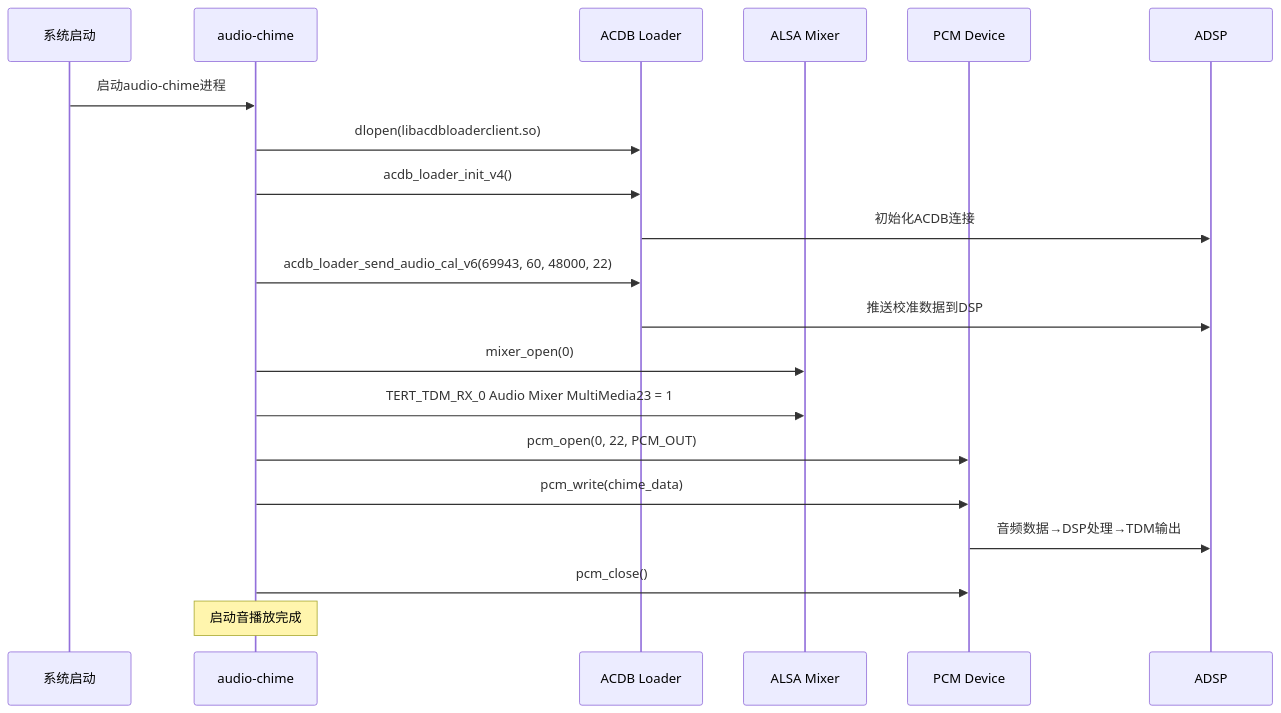
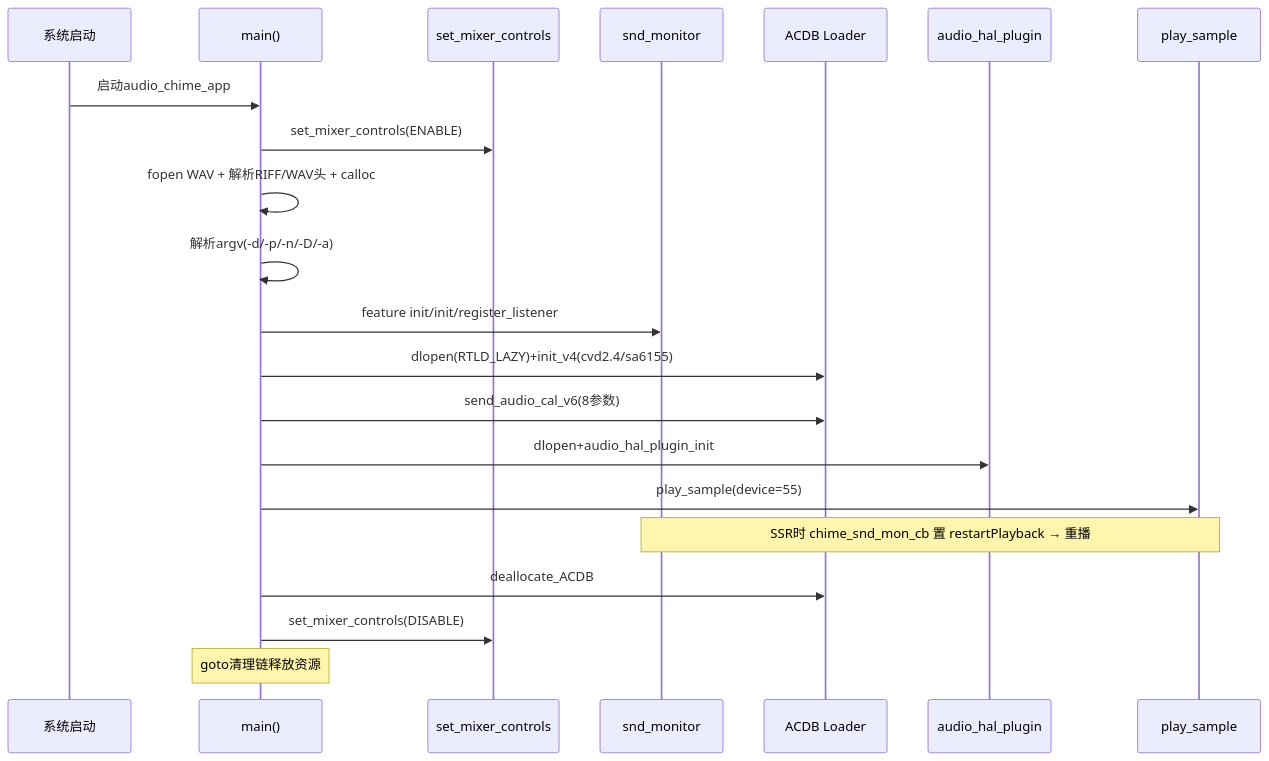
Before and after one commit to yanglinzhen1022/SA8295_AAOS_QNX_Audio_KnowledgeBase: the second of 2 diagrams in 16_Vendor_QNX_Architecture/16_16.5_audio-chime早期提示音.md, drawn with Mermaid. The commit also changed other lines of this file and 48 other files, not shown here.

````diff
--- a/16_Vendor_QNX_Architecture/16_16.5_audio-chime早期提示音.md
+++ b/16_Vendor_QNX_Architecture/16_16.5_audio-chime早期提示音.md
@@ -233,23 +202,24 @@
 ```mermaid
 sequenceDiagram
     participant BOOT as 系统启动
-    participant CHIME as audio-chime
+    participant MAIN as main()
+    participant MIXER as set_mixer_controls
+    participant SNDMON as snd_monitor
     participant ACDB as ACDB Loader
-    participant MIXER as ALSA Mixer
-    participant PCM as PCM Device
-    participant ADSP as ADSP
+    participant HAL as audio_hal_plugin
+    participant PCM as play_sample
 
-    BOOT->>CHIME: 启动audio-chime进程
-    CHIME->>ACDB: dlopen(libacdbloaderclient.so)
-    CHIME->>ACDB: acdb_loader_init_v4()
-    ACDB->>ADSP: 初始化ACDB连接
-    CHIME->>ACDB: acdb_loader_send_audio_cal_v6(69943, 60, 48000, 22)
-    ACDB->>ADSP: 推送校准数据到DSP
-    CHIME->>MIXER: mixer_open(0)
-    CHIME->>MIXER: TERT_TDM_RX_0 Audio Mixer MultiMedia23 = 1
-    CHIME->>PCM: pcm_open(0, 22, PCM_OUT)
-    CHIME->>PCM: pcm_write(chime_data)
-    PCM->>ADSP: 音频数据→DSP处理→TDM输出
-    CHIME->>PCM: pcm_close()
-    Note over CHIME: 启动音播放完成
+    BOOT->>MAIN: 启动audio_chime_app
+    MAIN->>MIXER: set_mixer_controls(ENABLE)
+    MAIN->>MAIN: fopen WAV + 解析RIFF/WAV头 + calloc
+    MAIN->>MAIN: 解析argv(-d/-p/-n/-D/-a)
+    MAIN->>SNDMON: feature init/init/register_listener
+    MAIN->>ACDB: dlopen(RTLD_LAZY)+init_v4(cvd2.4/sa6155)
+    MAIN->>ACDB: send_audio_cal_v6(8参数)
+    MAIN->>HAL: dlopen+audio_hal_plugin_init
+    MAIN->>PCM: play_sample(device=55)
+    Note over SNDMON,PCM: SSR时 chime_snd_mon_cb 置 restartPlayback → 重播
+    MAIN->>ACDB: deallocate_ACDB
+    MAIN->>MIXER: set_mixer_controls(DISABLE)
+    Note over MAIN: goto清理链释放资源
 ```
````
